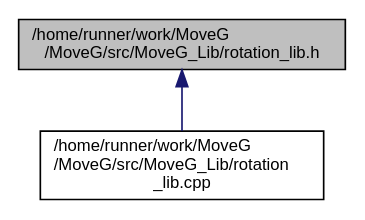
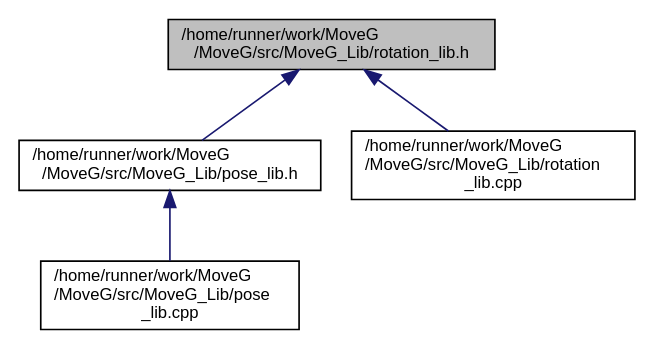
One commit to GiorgioMedico/MoveG changed the diagram in rotation__lib_8h__dep__incl.dot. Above: the diagram before and after it, drawn with Graphviz. The commit also changed 69 other files, not shown here.

```diff
--- a/rotation__lib_8h__dep__incl.dot
+++ b/rotation__lib_8h__dep__incl.dot
@@ -1,9 +1,13 @@
 digraph "/home/runner/work/MoveG/MoveG/src/MoveG_Lib/rotation_lib.h"
 {
  // LATEX_PDF_SIZE
   edge [fontname="Helvetica",fontsize="10",labelfontname="Helvetica",labelfontsize="10"];
   node [fontname="Helvetica",fontsize="10",shape=record];
   Node1 [label="/home/runner/work/MoveG\l/MoveG/src/MoveG_Lib/rotation_lib.h",height=0.2,width=0.4,color="black", fillcolor="grey75", style="filled", fontcolor="black",tooltip=" "];
   Node1 -> Node2 [dir="back",color="midnightblue",fontsize="10",style="solid",fontname="Helvetica"];
-  Node2 [label="/home/runner/work/MoveG\l/MoveG/src/MoveG_Lib/rotation\l_lib.cpp",height=0.2,width=0.4,color="black", fillcolor="white", style="filled",URL="$rotation__lib_8cpp.html",tooltip=" "];
+  Node2 [label="/home/runner/work/MoveG\l/MoveG/src/MoveG_Lib/pose_lib.h",height=0.2,width=0.4,color="black", fillcolor="white", style="filled",URL="$pose__lib_8h.html",tooltip=" "];
+  Node2 -> Node3 [dir="back",color="midnightblue",fontsize="10",style="solid",fontname="Helvetica"];
+  Node3 [label="/home/runner/work/MoveG\l/MoveG/src/MoveG_Lib/pose\l_lib.cpp",height=0.2,width=0.4,color="black", fillcolor="white", style="filled",URL="$pose__lib_8cpp.html",tooltip=" "];
+  Node1 -> Node4 [dir="back",color="midnightblue",fontsize="10",style="solid",fontname="Helvetica"];
+  Node4 [label="/home/runner/work/MoveG\l/MoveG/src/MoveG_Lib/rotation\l_lib.cpp",height=0.2,width=0.4,color="black", fillcolor="white", style="filled",URL="$rotation__lib_8cpp.html",tooltip=" "];
 }
```
